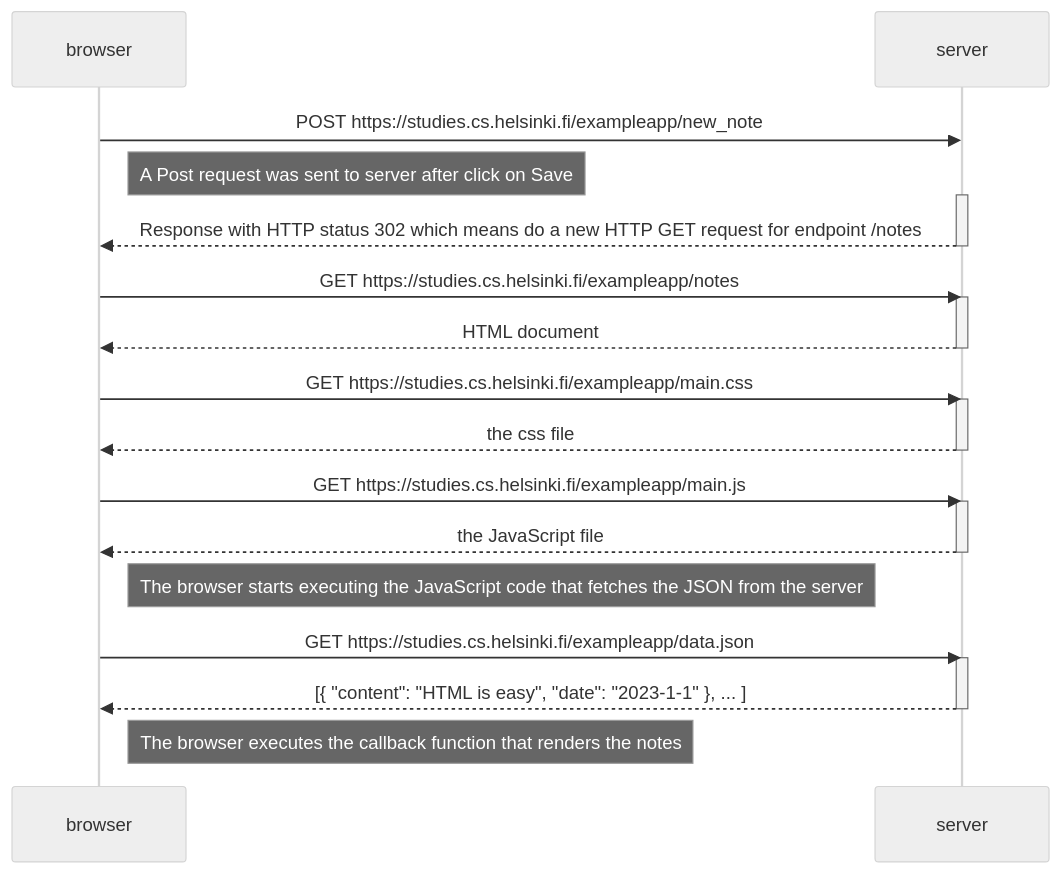
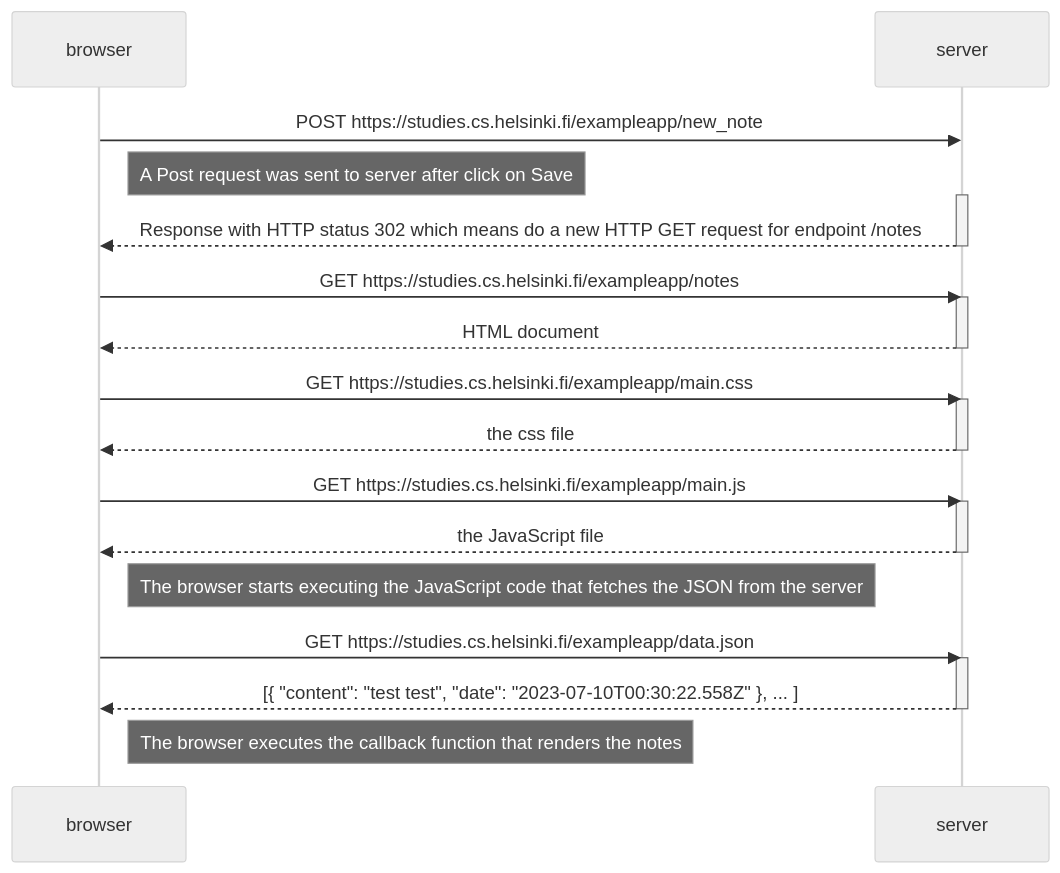
One commit to hailong09/fullstackopen changed the diagram in part0/part0.4.md. Above: the diagram before and after it, drawn with Mermaid (neutral theme).

Commit message:
done 0.4.1

````diff
--- a/part0/part0.4.md
+++ b/part0/part0.4.md
@@ -3,35 +3,35 @@
 ```mermaid
    sequenceDiagram
     participant browser
     participant server
 
     browser->>server: POST https://studies.cs.helsinki.fi/exampleapp/new_note
     Note right of browser: A Post request was sent to server after click on Save
     activate server
     server-->>browser: Response with HTTP status 302 which means do a new HTTP GET request for endpoint /notes
     deactivate server
 
     browser->>server: GET https://studies.cs.helsinki.fi/exampleapp/notes
     activate server
     server-->>browser: HTML document
     deactivate server
 
     browser->>server: GET https://studies.cs.helsinki.fi/exampleapp/main.css
     activate server
     server-->>browser: the css file
     deactivate server
 
     browser->>server: GET https://studies.cs.helsinki.fi/exampleapp/main.js
     activate server
     server-->>browser: the JavaScript file
     deactivate server
 
     Note right of browser: The browser starts executing the JavaScript code that fetches the JSON from the server
 
     browser->>server: GET https://studies.cs.helsinki.fi/exampleapp/data.json
     activate server
-    server-->>browser: [{ "content": "HTML is easy", "date": "2023-1-1" }, ... ]
+    server-->>browser: [{ "content": "test test", "date": "2023-07-10T00:30:22.558Z" }, ... ]
     deactivate server
 
     Note right of browser: The browser executes the callback function that renders the notes
 ```
````
